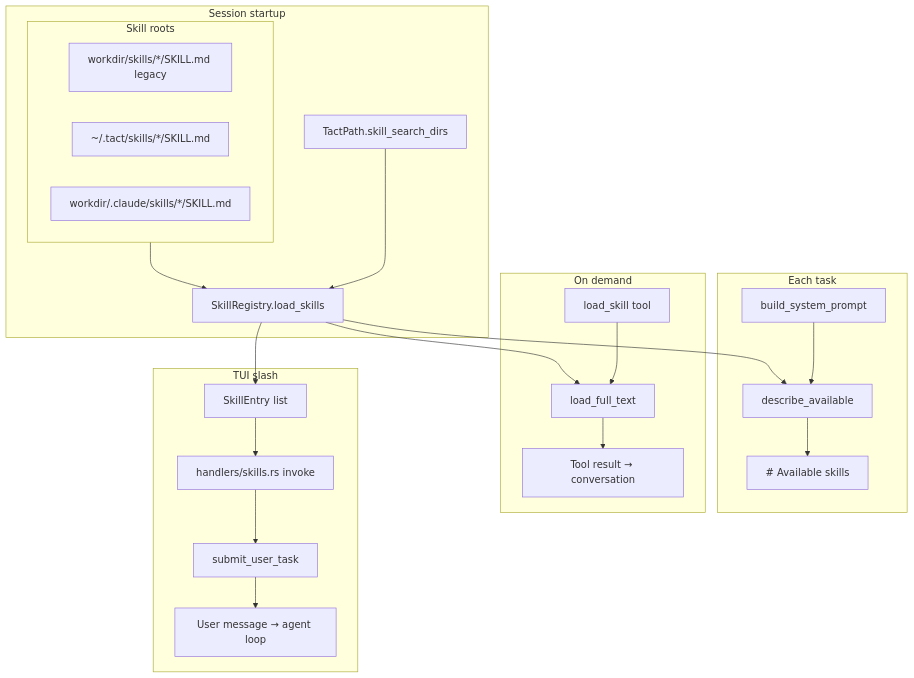
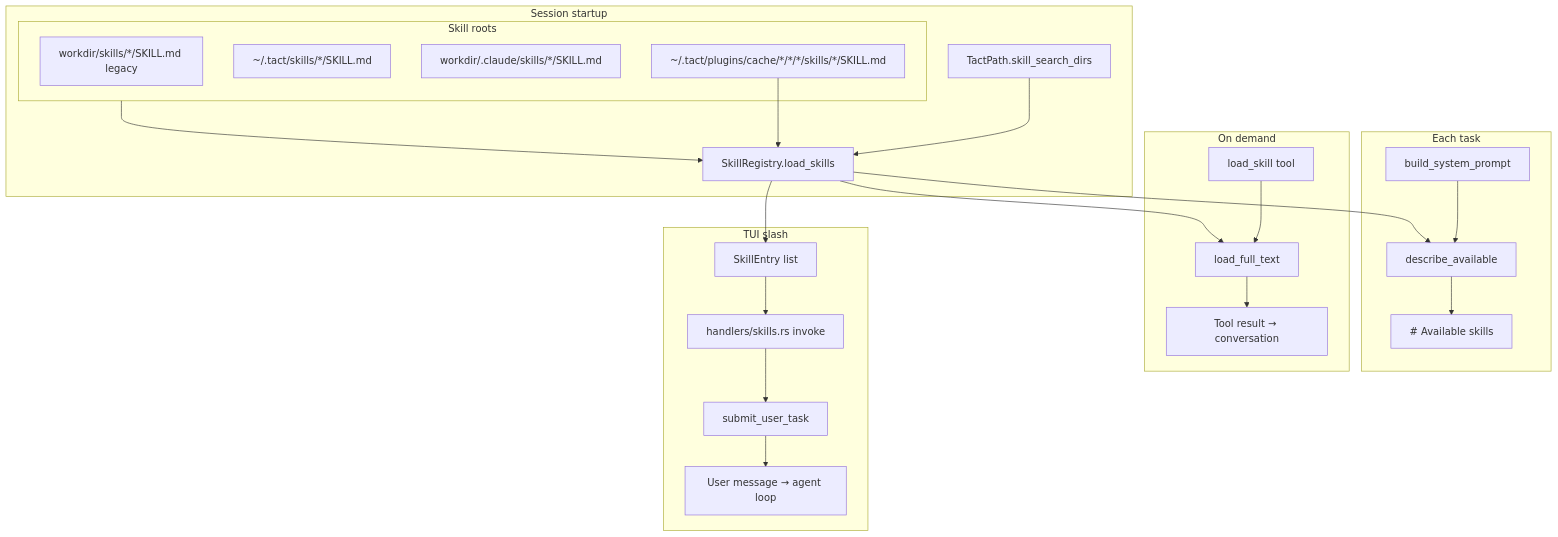
Before and after one commit to rust-infra/tact: the diagram in book/02_chapter_skill.md, drawn with Mermaid. The commit also changed other lines of this file and 190 other files, not shown here.

````diff
--- a/book/02_chapter_skill.md
+++ b/book/02_chapter_skill.md
@@ -25,42 +26,44 @@
 ```mermaid
 graph TB
     subgraph Disk["Skill roots"]
         L["workdir/skills/*/SKILL.md legacy"]
         U["~/.tact/skills/*/SKILL.md"]
         P["workdir/.claude/skills/*/SKILL.md"]
+        I["~/.tact/plugins/cache/*/*/*/skills/*/SKILL.md"]
     end
 
     subgraph Startup["Session startup"]
         TP[TactPath.skill_search_dirs]
         SR[SkillRegistry.load_skills]
         TP --> SR
         Disk --> SR
+        I --> SR
     end
 
     subgraph Prompt["Each task"]
         BSP[build_system_prompt]
         DA[describe_available]
         BSP --> DA
         DA --> SP["# Available skills"]
     end
 
     subgraph Tool["On demand"]
         LS[load_skill tool]
         LFT[load_full_text]
         LS --> LFT
         LFT --> Ctx["Tool result → conversation"]
     end
 
     subgraph Tui["TUI slash"]
         SE[SkillEntry list]
         INV[handlers/skills.rs invoke]
         SUB[submit_user_task]
         SE --> INV
         INV --> SUB
         SUB --> UserMsg["User message → agent loop"]
     end
 
     SR --> DA
     SR --> LFT
     SR --> SE
 ```
````
